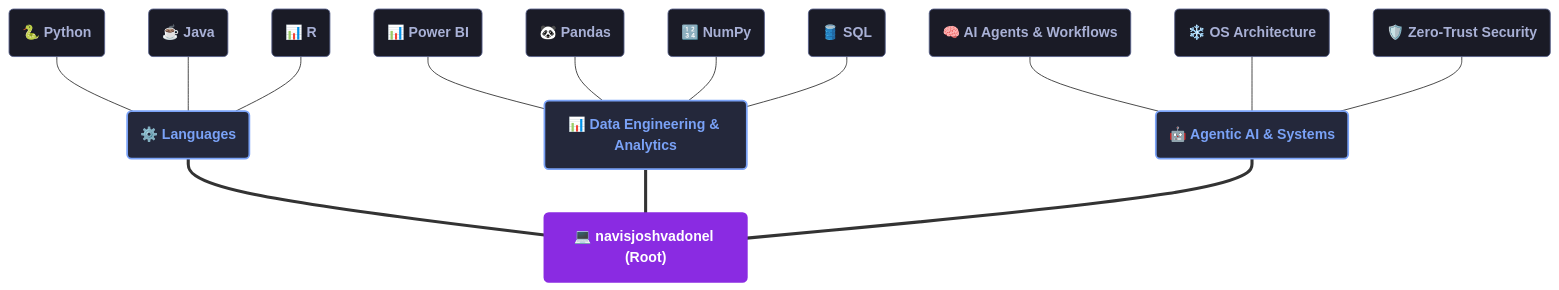
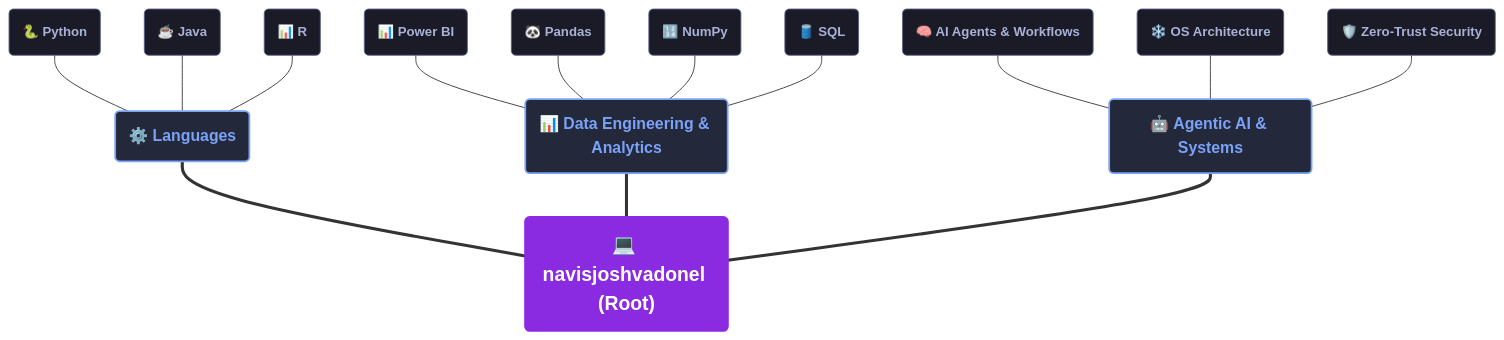
One commit to navisjoshvadonel/navisjoshvadonel changed the diagram in README.md. Above: the diagram before and after it, drawn with Mermaid.

Commit message:
style: increase node font size and bold text in Mermaid tech tree diagram

````diff
--- a/README.md
+++ b/README.md
@@ -47,50 +47,50 @@
 ```mermaid
 graph BT
     %% Nodes
-    Root("💻 navisjoshvadonel (Root)")
+    Root("💻 <b>navisjoshvadonel (Root)</b>")
     
-    Languages("⚙️ Languages")
-    Data("📊 Data Engineering & Analytics")
-    Agentic("🤖 Agentic AI & Systems")
+    Languages("⚙️ <b>Languages</b>")
+    Data("📊 <b>Data Engineering & Analytics</b>")
+    Agentic("🤖 <b>Agentic AI & Systems</b>")
     
-    Python("🐍 Python")
-    Java("☕ Java")
-    R("📊 R")
+    Python("🐍 <b>Python</b>")
+    Java("☕ <b>Java</b>")
+    R("📊 <b>R</b>")
     
-    PowerBI("📊 Power BI")
-    Pandas("🐼 Pandas")
-    NumPy("🔢 NumPy")
-    SQL("🛢️ SQL")
+    PowerBI("📊 <b>Power BI</b>")
+    Pandas("🐼 <b>Pandas</b>")
+    NumPy("🔢 <b>NumPy</b>")
+    SQL("🛢️ <b>SQL</b>")
     
-    Agents("🧠 AI Agents & Workflows")
-    OS("❄️ OS Architecture")
-    Security("🛡️ Zero-Trust Security")
+    Agents("🧠 <b>AI Agents & Workflows</b>")
+    OS("❄️ <b>OS Architecture</b>")
+    Security("🛡️ <b>Zero-Trust Security</b>")
     
     %% Connections
     Root === Languages
     Root === Data
     Root === Agentic
     
     Languages --- Python
     Languages --- Java
     Languages --- R
     
     Data --- PowerBI
     Data --- Pandas
     Data --- NumPy
     Data --- SQL
     
     Agentic --- Agents
     Agentic --- OS
     Agentic --- Security
 
     %% Style Classes
-    classDef default fill:#16161e,stroke:#3b4252,stroke-width:1px,color:#d8dee9;
-    classDef root fill:#8A2BE2,stroke:#8A2BE2,stroke-width:2px,color:#ffffff,font-weight:bold;
-    classDef branch fill:#24283b,stroke:#7aa2f7,stroke-width:2px,color:#7aa2f7,font-weight:bold;
-    classDef leaf fill:#1a1b26,stroke:#565f89,stroke-width:1px,color:#a9b1d6;
+    classDef default fill:#16161e,stroke:#3b4252,stroke-width:1px,color:#d8dee9,font-size:15px;
+    classDef root fill:#8A2BE2,stroke:#8A2BE2,stroke-width:2.5px,color:#ffffff,font-weight:bold,font-size:22px;
+    classDef branch fill:#24283b,stroke:#7aa2f7,stroke-width:2px,color:#7aa2f7,font-weight:bold,font-size:18px;
+    classDef leaf fill:#1a1b26,stroke:#565f89,stroke-width:1px,color:#a9b1d6,font-size:15px;
     
     class Root root;
     class Languages,Data,Agentic branch;
     class Python,Java,R,PowerBI,Pandas,NumPy,SQL,Agents,OS,Security leaf;
 ```
````
